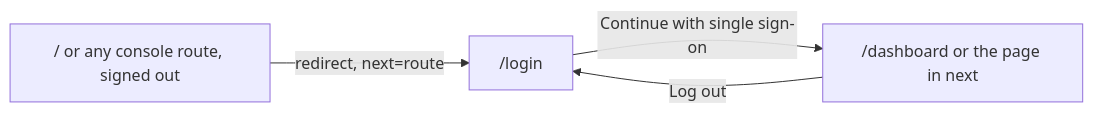
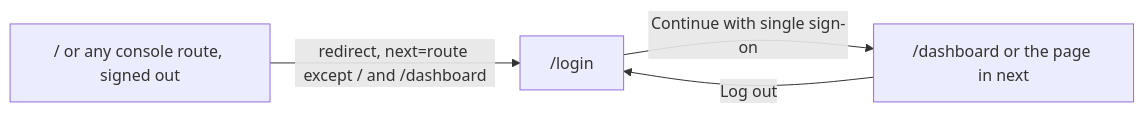
One commit to Aledantee/FlowSeer changed the diagram in frontend/web/README.md. Above: the diagram before and after it, drawn with Mermaid. The commit also changed 3 other files, not shown here.

````diff
--- a/frontend/web/README.md
+++ b/frontend/web/README.md
@@ -148,6 +148,6 @@
 ```mermaid
 flowchart LR
-  start["/ or any console route, signed out"] -->|"redirect, next=route"| login["/login"]
+  start["/ or any console route, signed out"] -->|"redirect, next=route except / and /dashboard"| login["/login"]
   login -->|Continue with single sign-on| console["/dashboard or the page in next"]
   console -->|Log out| login
 ```
````
